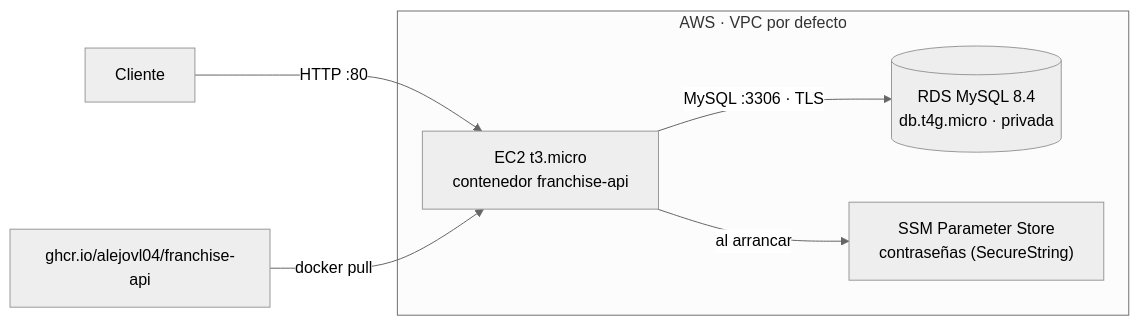
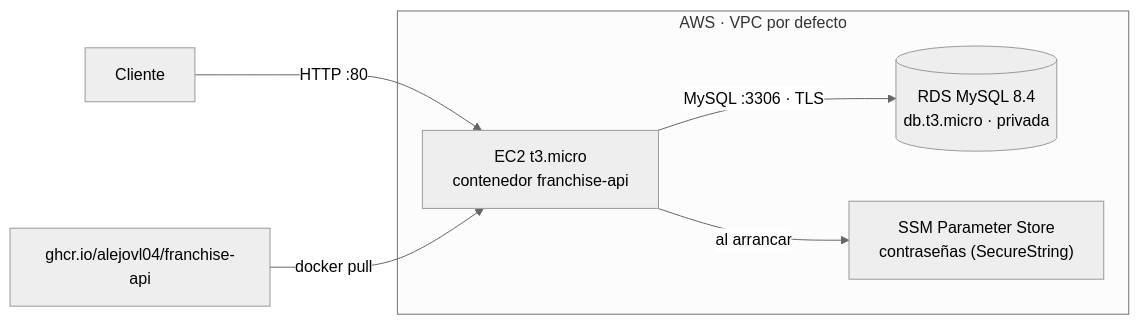
The diagram in franchise-api/infra/aws/README.md (AlejoVL04/FranquiciasAccenture), drawn with Mermaid (neutral theme) before and after one commit. The commit also changed other lines of this file and 3 other files, not shown here.

````diff
--- a/franchise-api/infra/aws/README.md
+++ b/franchise-api/infra/aws/README.md
@@ -5,12 +5,12 @@
 ```mermaid
 flowchart LR
     U[Cliente] -->|HTTP :80| EC2
     subgraph AWS["AWS · VPC por defecto"]
         EC2["EC2 t3.micro<br/>contenedor franchise-api"]
-        RDS[("RDS MySQL 8.4<br/>db.t4g.micro · privada")]
+        RDS[("RDS MySQL 8.4<br/>db.t3.micro · privada")]
         SSM["SSM Parameter Store<br/>contraseñas (SecureString)"]
         EC2 -->|MySQL :3306 · TLS| RDS
         EC2 -->|al arrancar| SSM
     end
     GHCR["ghcr.io/alejovl04/franchise-api"] -->|docker pull| EC2
 ```
````
